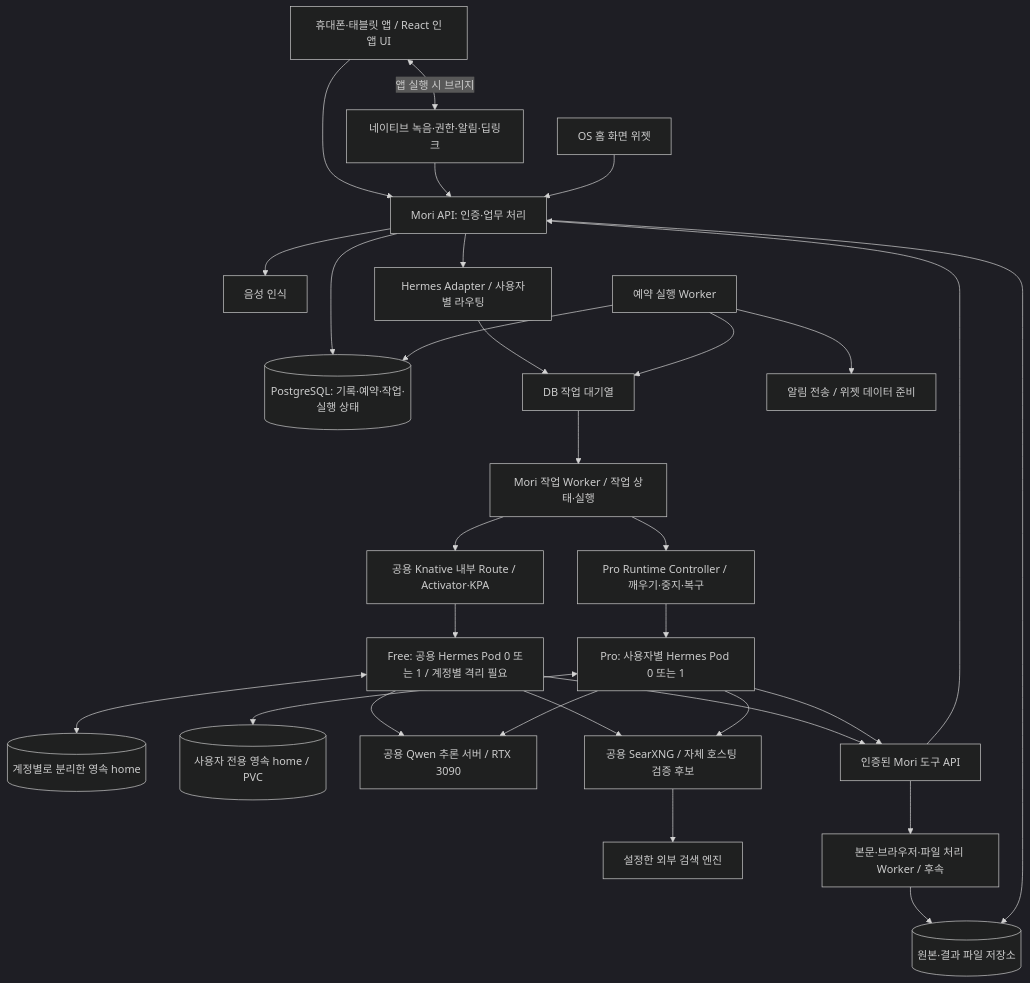
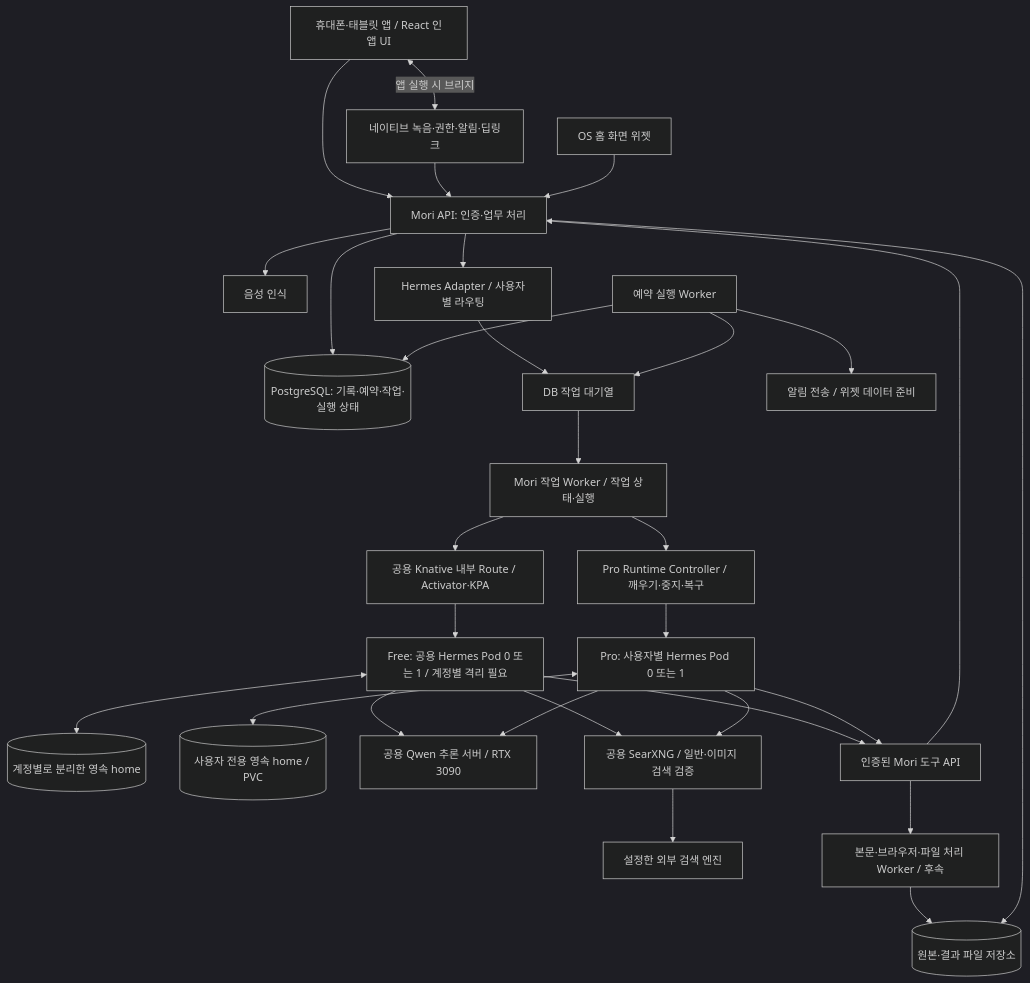
Before and after one commit to dong7314/mori: the first of 2 diagrams in architecture/plan.md, drawn with Mermaid (dark theme). The commit also changed other lines of this file and 6 other files, not shown here.

````diff
--- a/architecture/plan.md
+++ b/architecture/plan.md
@@ -59,32 +59,32 @@
 ```mermaid
 flowchart TD
     App[휴대폰·태블릿 앱 / React 인앱 UI] --> API[Mori API: 인증·업무 처리]
     App <-->|앱 실행 시 브리지| Native[네이티브 녹음·권한·알림·딥링크]
     Native --> API
     Widget[OS 홈 화면 위젯] --> API
     API --> DB[(PostgreSQL: 기록·예약·작업·실행 상태)]
     API --> STT[음성 인식]
     API --> Router[Hermes Adapter / 사용자별 라우팅]
     Router --> Queue[DB 작업 대기열]
     Scheduler[예약 실행 Worker] --> DB
     Scheduler --> Queue
     Scheduler --> Notify[알림 전송 / 위젯 데이터 준비]
     Queue --> Worker[Mori 작업 Worker / 작업 상태·실행]
     Worker --> Route[공용 Knative 내부 Route / Activator·KPA]
     Route --> Shared[Free: 공용 Hermes Pod 0 또는 1 / 계정별 격리 필요]
     Worker --> Controller[Pro Runtime Controller / 깨우기·중지·복구]
     Controller --> Dedicated[Pro: 사용자별 Hermes Pod 0 또는 1]
     Shared <--> SharedHome[(계정별로 분리한 영속 home)]
     Dedicated <--> Home[(사용자 전용 영속 home / PVC)]
     Shared --> LLM[공용 Qwen 추론 서버 / RTX 3090]
     Dedicated --> LLM
     Shared --> Tools[인증된 Mori 도구 API]
     Dedicated --> Tools
     Tools --> API
-    Shared --> Search[공용 SearXNG / 자체 호스팅 검증 후보]
+    Shared --> Search[공용 SearXNG / 일반·이미지 검색 검증]
     Dedicated --> Search
     Search --> Engines[설정한 외부 검색 엔진]
     Tools --> Jobs[본문·브라우저·파일 처리 Worker / 후속]
     Jobs --> Files[(원본·결과 파일 저장소)]
     API --> Files
 ```
````
